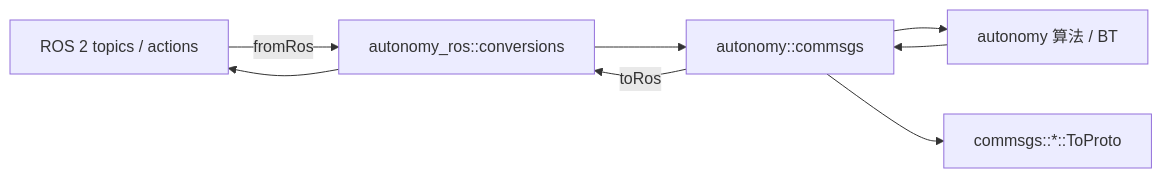
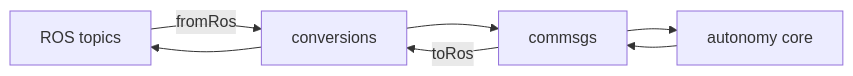
One commit to quandy2020/autonomy_ros changed the diagram in autonomy_ros/docs/conversions.md. Above: the diagram before and after it, drawn with Mermaid. The commit also changed other lines of this file and 99 other files, not shown here.

````diff
--- a/autonomy_ros/docs/conversions.md
+++ b/autonomy_ros/docs/conversions.md
@@ -143,12 +56,10 @@
 ```mermaid
 flowchart LR
-  ROS["ROS 2 topics / actions"]
-  CV["autonomy_ros::conversions"]
-  CM["autonomy::commsgs"]
-  PB["commsgs::*::ToProto"]
-  CORE["autonomy 算法 / BT"]
+  ROS["ROS topics"]
+  CV["conversions"]
+  CM["commsgs"]
+  CORE["autonomy core"]
 
   ROS -->|fromRos| CV --> CM --> CORE
   CORE --> CM -->|toRos| CV --> ROS
-  CM --> PB
 ```
````
